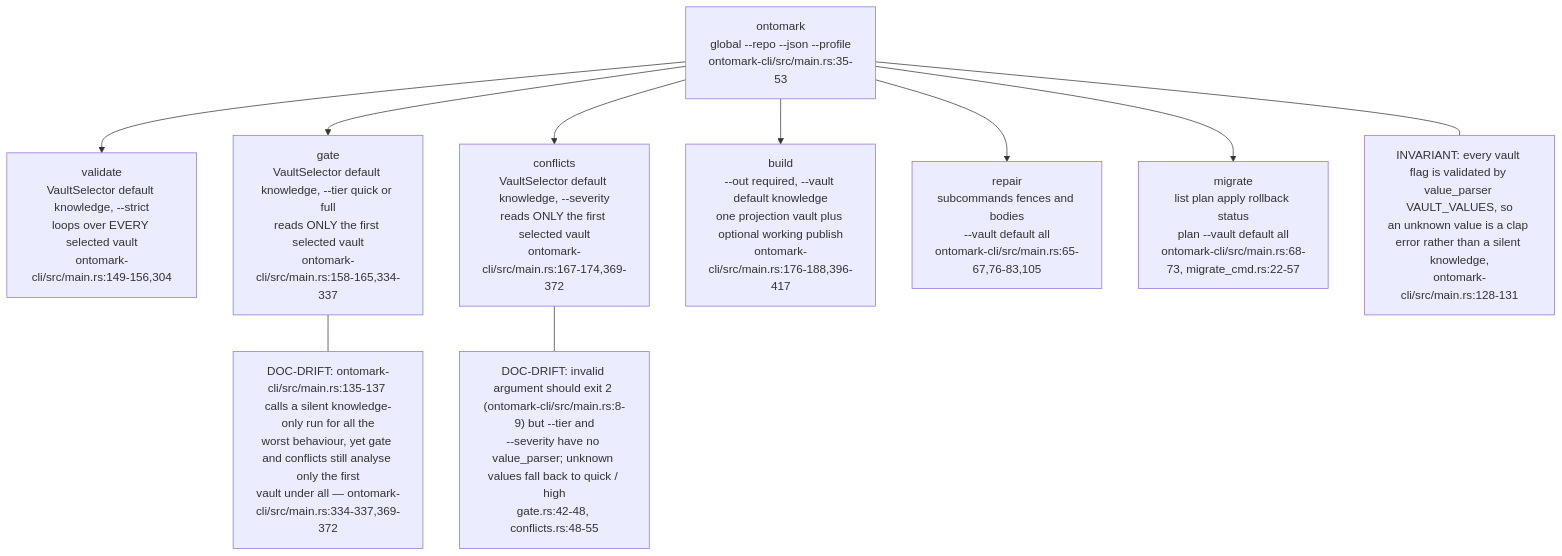
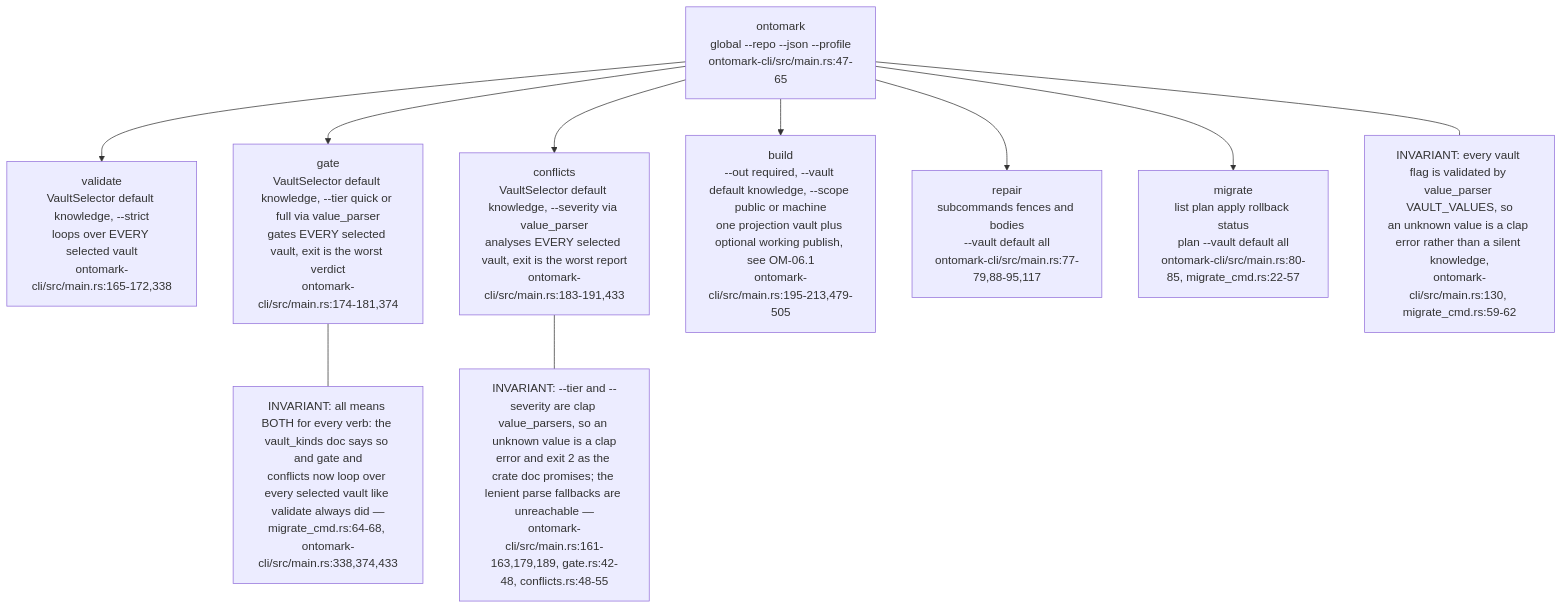
The first of 6 diagrams in docs/diagrams/ontomark/05-cli-commands-vault-selector-and-exit-codes.md (DreamLab-AI/VisionFlow), drawn with Mermaid before and after one commit. The commit also changed other lines of this file and 10 other files, not shown here.

First line of the commit message:
docs(diagrams): re-stamp the ontomark corpus at ee9e04a; OM-06 machine scope and ingest contract

````diff
--- a/docs/diagrams/ontomark/05-cli-commands-vault-selector-and-exit-codes.md
+++ b/docs/diagrams/ontomark/05-cli-commands-vault-selector-and-exit-codes.md
@@ -31,22 +31,22 @@
 ```mermaid
 flowchart TD
-    CLI["ontomark<br/>global --repo --json --profile<br/>ontomark-cli/src/main.rs:35-53"]
-    VAL["validate<br/>VaultSelector default knowledge, --strict<br/>loops over EVERY selected vault<br/>ontomark-cli/src/main.rs:149-156,304"]
-    GATE["gate<br/>VaultSelector default knowledge, --tier quick or full<br/>reads ONLY the first selected vault<br/>ontomark-cli/src/main.rs:158-165,334-337"]
-    CONF["conflicts<br/>VaultSelector default knowledge, --severity<br/>reads ONLY the first selected vault<br/>ontomark-cli/src/main.rs:167-174,369-372"]
-    BUILD["build<br/>--out required, --vault default knowledge<br/>one projection vault plus optional working publish<br/>ontomark-cli/src/main.rs:176-188,396-417"]
-    REPAIR["repair<br/>subcommands fences and bodies<br/>--vault default all<br/>ontomark-cli/src/main.rs:65-67,76-83,105"]
-    MIG["migrate<br/>list plan apply rollback status<br/>plan --vault default all<br/>ontomark-cli/src/main.rs:68-73, migrate_cmd.rs:22-57"]
+    CLI["ontomark<br/>global --repo --json --profile<br/>ontomark-cli/src/main.rs:47-65"]
+    VAL["validate<br/>VaultSelector default knowledge, --strict<br/>loops over EVERY selected vault<br/>ontomark-cli/src/main.rs:165-172,338"]
+    GATE["gate<br/>VaultSelector default knowledge, --tier quick or full via value_parser<br/>gates EVERY selected vault, exit is the worst verdict<br/>ontomark-cli/src/main.rs:174-181,374"]
+    CONF["conflicts<br/>VaultSelector default knowledge, --severity via value_parser<br/>analyses EVERY selected vault, exit is the worst report<br/>ontomark-cli/src/main.rs:183-191,433"]
+    BUILD["build<br/>--out required, --vault default knowledge, --scope public or machine<br/>one projection vault plus optional working publish, see OM-06.1<br/>ontomark-cli/src/main.rs:195-213,479-505"]
+    REPAIR["repair<br/>subcommands fences and bodies<br/>--vault default all<br/>ontomark-cli/src/main.rs:77-79,88-95,117"]
+    MIG["migrate<br/>list plan apply rollback status<br/>plan --vault default all<br/>ontomark-cli/src/main.rs:80-85, migrate_cmd.rs:22-57"]
     CLI --> VAL
     CLI --> GATE
     CLI --> CONF
     CLI --> BUILD
     CLI --> REPAIR
     CLI --> MIG
-    n1["INVARIANT: every vault flag is validated by value_parser VAULT_VALUES, so<br/>an unknown value is a clap error rather than a silent knowledge,<br/>ontomark-cli/src/main.rs:128-131"]
-    n2["DOC-DRIFT: ontomark-cli/src/main.rs:135-137 calls a silent knowledge-only run for all the<br/>worst behaviour, yet gate and conflicts still analyse only the first<br/>vault under all — ontomark-cli/src/main.rs:334-337,369-372"]
-    n3["DOC-DRIFT: invalid argument should exit 2 (ontomark-cli/src/main.rs:8-9) but --tier and<br/>--severity have no value_parser; unknown values fall back to quick / high<br/>gate.rs:42-48, conflicts.rs:48-55"]
+    n1["INVARIANT: every vault flag is validated by value_parser VAULT_VALUES, so<br/>an unknown value is a clap error rather than a silent knowledge,<br/>ontomark-cli/src/main.rs:130, migrate_cmd.rs:59-62"]
+    n2["INVARIANT: all means BOTH for every verb: the vault_kinds doc says so and gate and<br/>conflicts now loop over every selected vault like validate always did —<br/>migrate_cmd.rs:64-68, ontomark-cli/src/main.rs:338,374,433"]
+    n3["INVARIANT: --tier and --severity are clap value_parsers, so an unknown value is a clap<br/>error and exit 2 as the crate doc promises; the lenient parse fallbacks are unreachable —<br/>ontomark-cli/src/main.rs:161-163,179,189, gate.rs:42-48, conflicts.rs:48-55"]
     GATE --- n2
     CONF --- n3
     CLI --- n1
 ```
````
